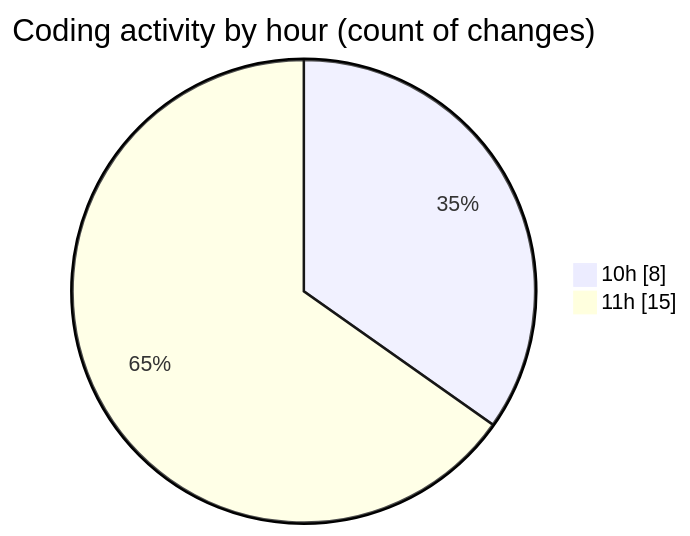
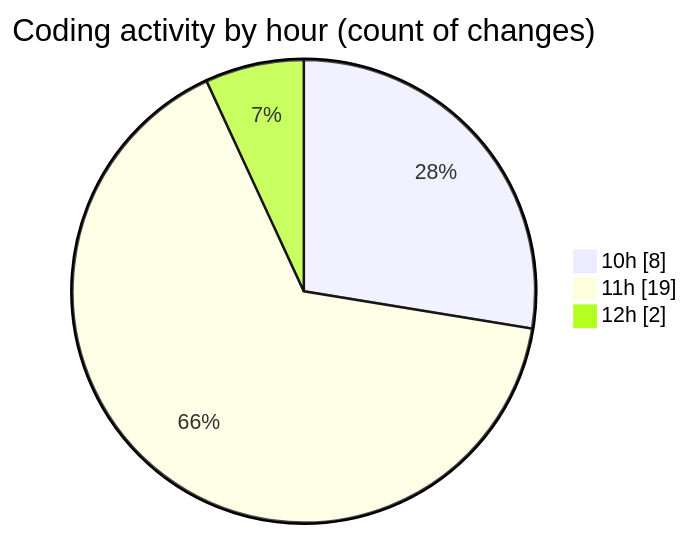
One commit to nxtqubesakshisongat/code-tracking changed the second of 2 diagrams in 2025-10-16/nxtqube_webapp/README.md. Above: the diagram before and after it, drawn with Mermaid. The commit also changed other lines of this file and 1 other file, not shown here.

````diff
--- a/2025-10-16/nxtqube_webapp/README.md
+++ b/2025-10-16/nxtqube_webapp/README.md
@@ -28,6 +28,7 @@
 ```mermaid
 pie showData
 title Coding activity by hour (count of changes)
 "10h" : 8
-"11h" : 15
+"11h" : 19
+"12h" : 2
 ```
````
